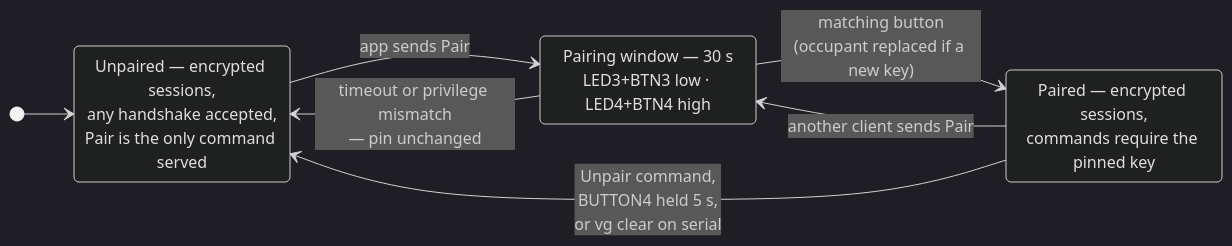
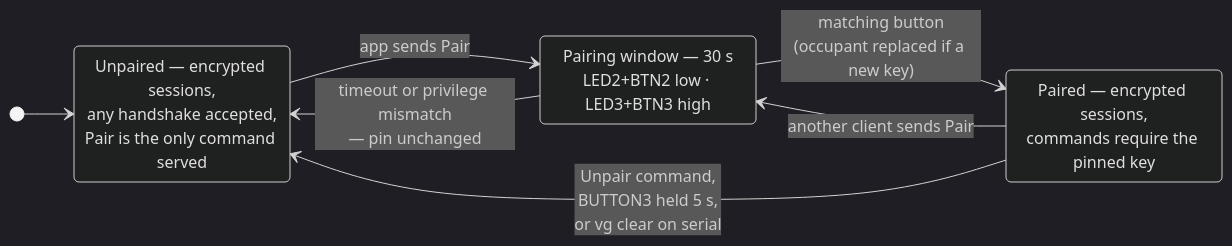
One commit to stonygrey/BlueConnect changed the second of 4 diagrams in documents/noise-security.md. Above: the diagram before and after it, drawn with Mermaid (dark theme). The commit also changed other lines of this file and 9 other files, not shown here.

````diff
--- a/documents/noise-security.md
+++ b/documents/noise-security.md
@@ -110,14 +111,14 @@
 ```mermaid
 stateDiagram-v2
     direction LR
     Unpaired: Unpaired — encrypted sessions,<br/>any handshake accepted,<br/>Pair is the only command served
-    Window: Pairing window — 30 s<br/>LED3+BTN3 low · LED4+BTN4 high
+    Window: Pairing window — 30 s<br/>LED2+BTN2 low · LED3+BTN3 high
     Paired: Paired — encrypted sessions,<br/>commands require the pinned key
 
     [*] --> Unpaired
     Unpaired --> Window: app sends Pair
     Paired --> Window: another client sends Pair
     Window --> Paired: matching button<br/>(occupant replaced if a new key)
     Window --> Unpaired: timeout or privilege mismatch<br/>— pin unchanged
-    Paired --> Unpaired: Unpair command,<br/>BUTTON4 held 5 s,<br/>or vg clear on serial
+    Paired --> Unpaired: Unpair command,<br/>BUTTON3 held 5 s,<br/>or vg clear on serial
 ```
````
